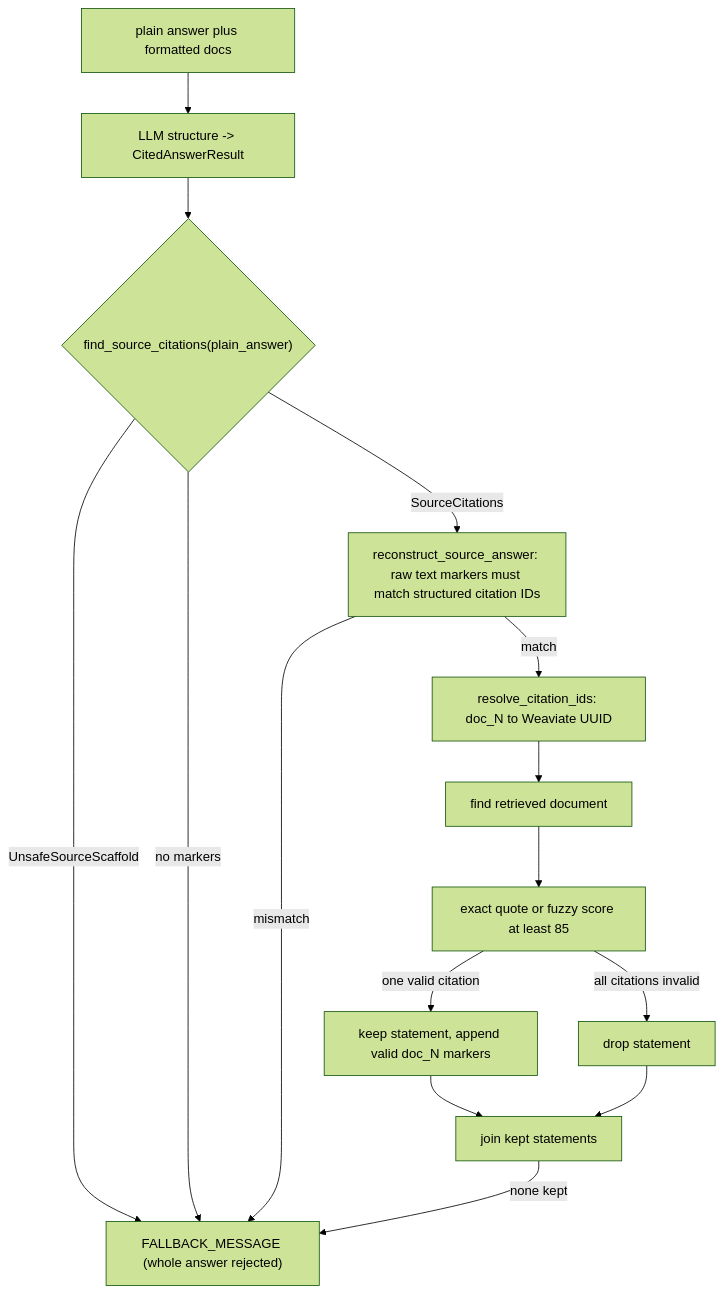
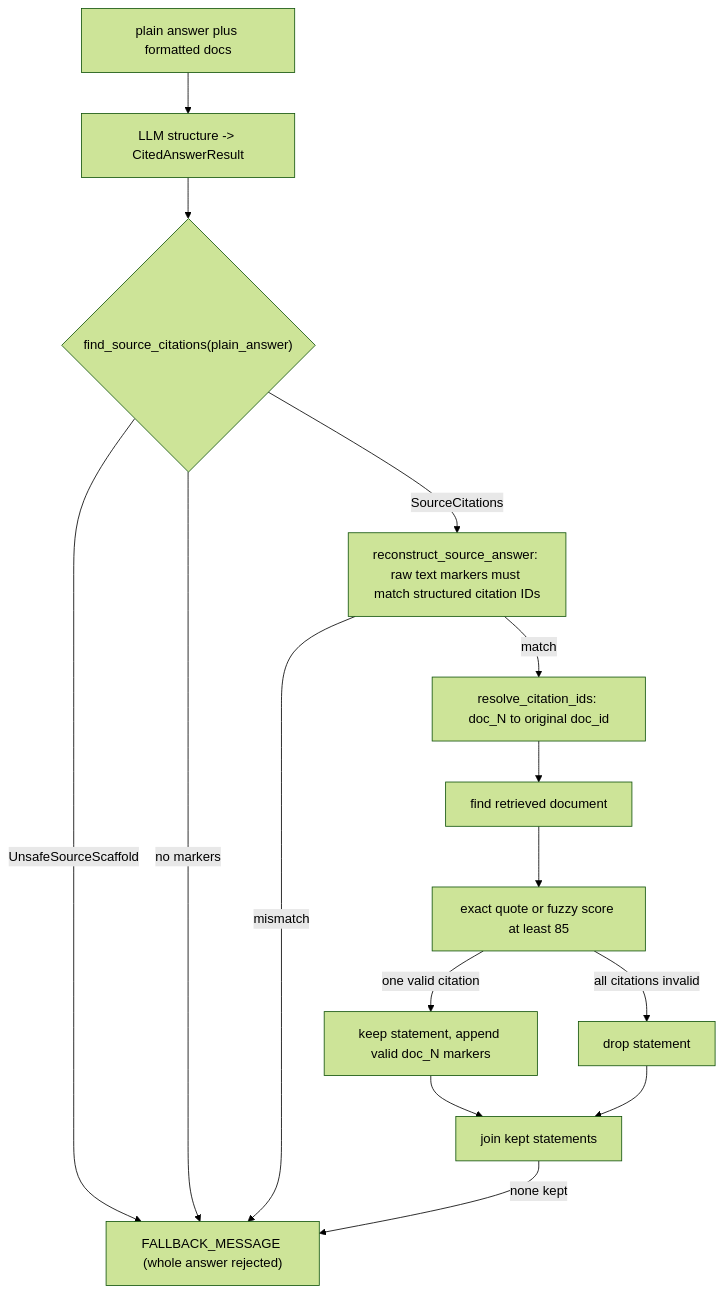
The diagram in openwiki/processors/validation.md (siddicky/healthcare-rag-langgraph), drawn with Mermaid (forest theme) before and after one commit. The commit also changed other lines of this file and 53 other files, not shown here.

````diff
--- a/openwiki/processors/validation.md
+++ b/openwiki/processors/validation.md
@@ -26,17 +55,17 @@
 ```mermaid
 flowchart TD
   P["plain answer plus formatted docs"] --> S["LLM structure -> CitedAnswerResult"]
   S --> F1{"find_source_citations(plain_answer)"}
   F1 -->|"UnsafeSourceScaffold"| FB["FALLBACK_MESSAGE (whole answer rejected)"]
   F1 -->|"no markers"| FB
   F1 -->|"SourceCitations"| R["reconstruct_source_answer: raw text markers must match structured citation IDs"]
   R -->|"mismatch"| FB
-  R -->|"match"| M["resolve_citation_ids: doc_N to Weaviate UUID"]
+  R -->|"match"| M["resolve_citation_ids: doc_N to original doc_id"]
   M --> C["find retrieved document"]
   C --> Q["exact quote or fuzzy score at least 85"]
   Q -->|"one valid citation"| K["keep statement, append valid doc_N markers"]
   Q -->|"all citations invalid"| D["drop statement"]
   K --> O["join kept statements"]
   D --> O
   O -->|"none kept"| FB
 ```
````
